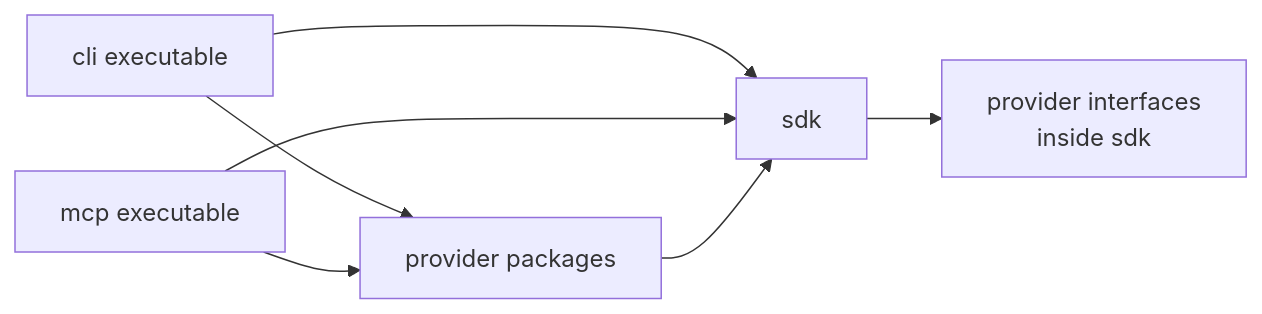
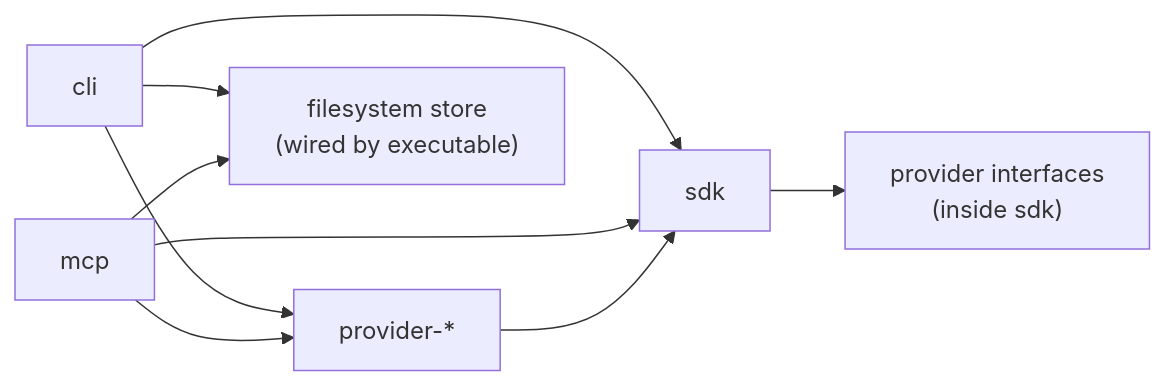
One commit to aryeko/agentic-workflow-kit changed the diagram in docs/design/20-sdk-and-packaging/package-target.md. Above: the diagram before and after it, drawn with Mermaid. The commit also changed other lines of this file and 46 other files, not shown here.

````diff
--- a/docs/design/20-sdk-and-packaging/package-target.md
+++ b/docs/design/20-sdk-and-packaging/package-target.md
@@ -21,9 +29,11 @@
 ```mermaid
 flowchart LR
-  CLI["cli executable"] --> SDK["sdk"]
-  MCP["mcp executable"] --> SDK
-  CLI --> Providers["provider packages"]
+  CLI["cli"] --> SDK["sdk"]
+  MCP["mcp"] --> SDK
+  CLI --> Providers["provider-*"]
   MCP --> Providers
   Providers --> SDK
-  SDK --> Interfaces["provider interfaces<br/>inside sdk"]
+  SDK --> Interfaces["provider interfaces<br/>(inside sdk)"]
+  CLI --> Store["filesystem store<br/>(wired by executable)"]
+  MCP --> Store
 ```
````
